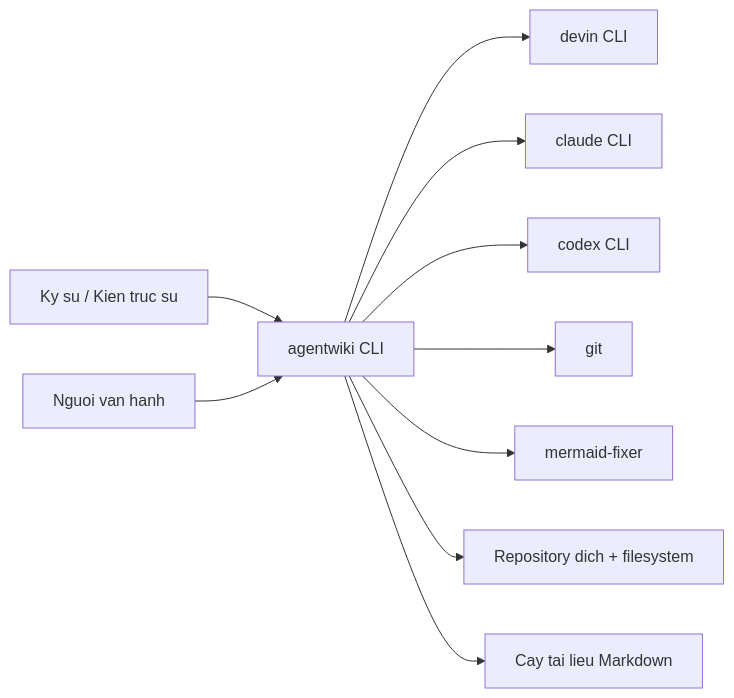
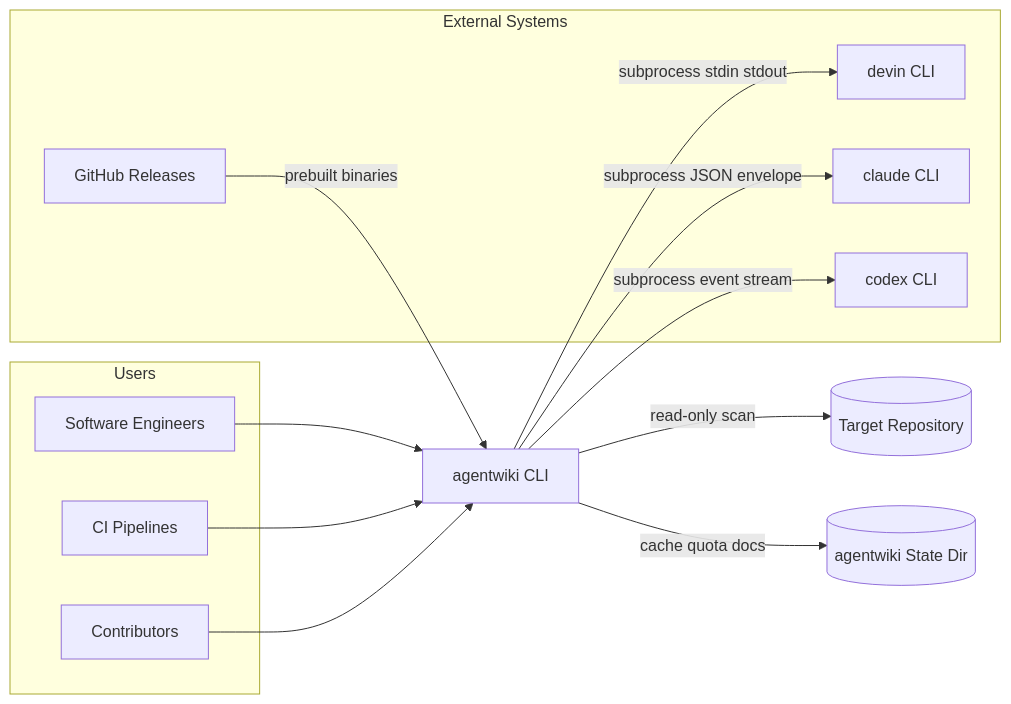
Before and after one commit to tidusvn05/agentwiki: the first of 5 diagrams in docs/vi/2.Architecture.md, drawn with Mermaid. The commit also changed other lines of this file and 49 other files, not shown here.

````diff
--- a/docs/vi/2.Architecture.md
+++ b/docs/vi/2.Architecture.md
@@ -113,12 +33,32 @@
 ```mermaid
-flowchart LR
-    U1[Ky su / Kien truc su] --> AW[agentwiki CLI]
-    U2[Nguoi van hanh] --> AW
-    AW --> DEVIN[devin CLI]
-    AW --> CLAUDE[claude CLI]
-    AW --> CODEX[codex CLI]
-    AW --> GIT[git]
-    AW --> MF[mermaid-fixer]
-    AW --> FS[Repository dich + filesystem]
-    AW --> OUT[Cay tai lieu Markdown]
+graph LR
+    subgraph users[Users]
+        U1[Software Engineers]
+        U2[CI Pipelines]
+        U3[Contributors]
+    end
+
+    AW[agentwiki CLI]
+
+    subgraph external[External Systems]
+        DEV[devin CLI]
+        CLA[claude CLI]
+        COD[codex CLI]
+        GHR[GitHub Releases]
+    end
+
+    REPO[(Target Repository)]
+    STATE[(agentwiki State Dir)]
+
+    U1 --> AW
+    U2 --> AW
+    U3 --> AW
+
+    AW -->|subprocess stdin stdout| DEV
+    AW -->|subprocess JSON envelope| CLA
+    AW -->|subprocess event stream| COD
+    GHR -->|prebuilt binaries| AW
+
+    AW -->|read-only scan| REPO
+    AW -->|cache quota docs| STATE
 ```
````
